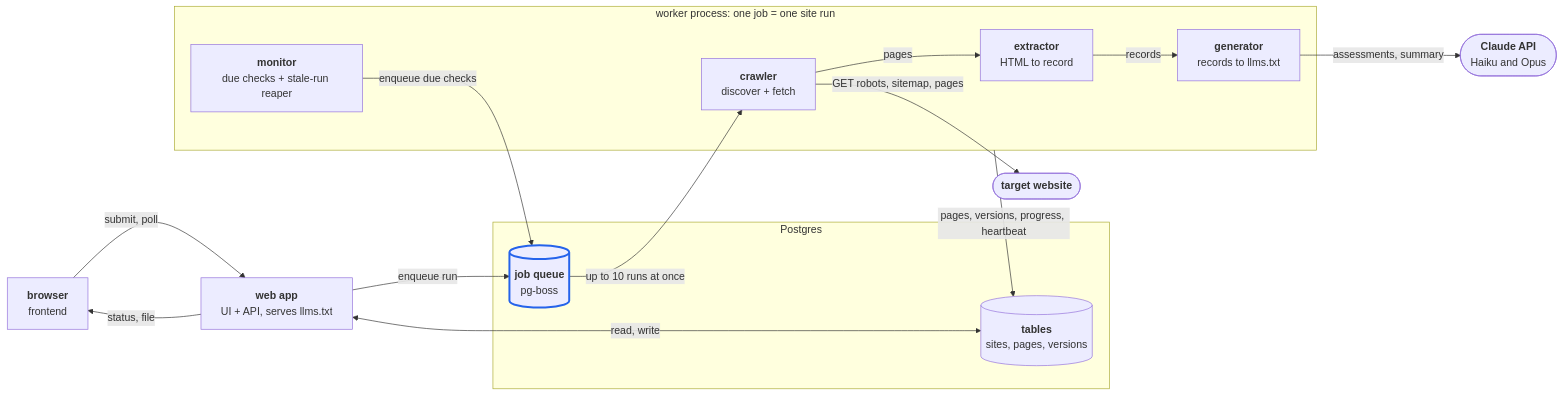
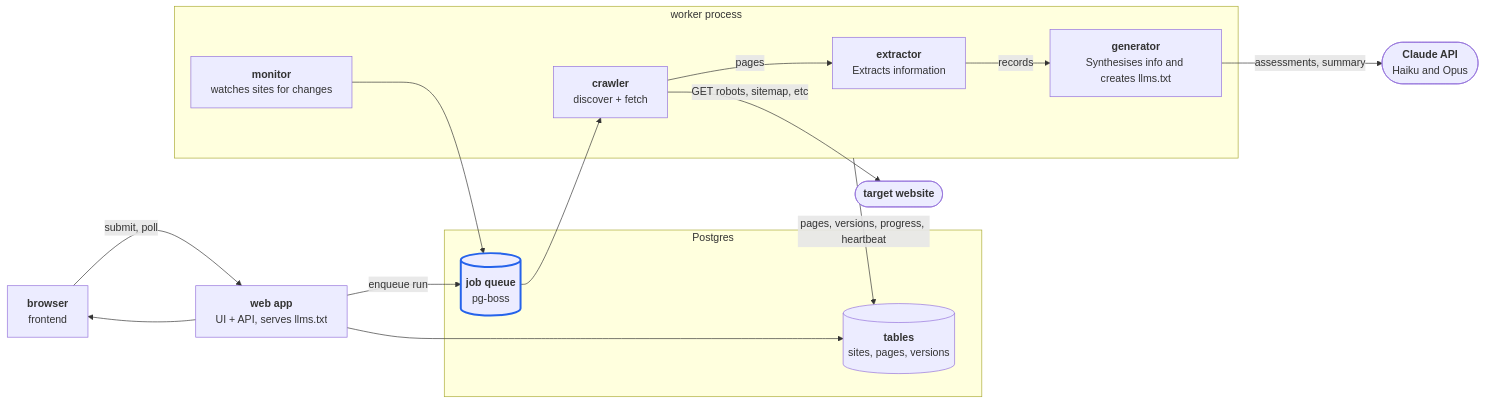
One commit to nevertooserious/llms-txt-ben-lucato changed the first of 8 diagrams in docs/design/README.md. Above: the diagram before and after it, drawn with Mermaid. The commit also changed other lines of this file, not shown here.

First line of the commit message:
Simplify the design diagrams

````diff
--- a/docs/design/README.md
+++ b/docs/design/README.md
@@ -5,33 +5,33 @@
 ```mermaid
 flowchart LR
   browser["<b>browser</b><br/>frontend"]
   web["<b>web app</b><br/>UI + API, serves llms.txt"]
   site(["<b>target website</b>"])
   claude(["<b>Claude API</b><br/>Haiku and Opus"])
 
   subgraph postgres["Postgres"]
     tables[("<b>tables</b><br/>sites, pages, versions")]
     queue[("<b>job queue</b><br/>pg-boss")]
   end
 
-  subgraph worker["worker process: one job = one site run"]
+  subgraph worker["worker process"]
     crawler["<b>crawler</b><br/>discover + fetch"]
-    extractor["<b>extractor</b><br/>HTML to record"]
-    generator["<b>generator</b><br/>records to llms.txt"]
-    monitor["<b>monitor</b><br/>due checks + stale-run reaper"]
+    extractor["<b>extractor</b><br/>Extracts information"]
+    generator["<b>generator</b><br/>Synthesises info and creates llms.txt"]
+    monitor["<b>monitor</b><br/> watches sites for changes"]
     crawler -- "pages" --> extractor
     extractor -- "records" --> generator
   end
 
   browser -- "submit, poll" --> web
-  web -- "status, file" --> browser
-  web <-- "read, write" --> tables
+  web --> browser
+  web  --> tables
   web -- "enqueue run" --> queue
-  queue -- "up to 10 runs at once" --> crawler
-  monitor -- "enqueue due checks" --> queue
-  crawler -- "GET robots, sitemap, pages" --> site
+  queue  --> crawler
+  monitor --> queue
+  crawler -- "GET robots, sitemap, etc" --> site
   generator -- "assessments, summary" --> claude
   worker -- "pages, versions, progress, heartbeat" --> tables
 
   style queue stroke:#2563eb,stroke-width:3px
 ```
````
